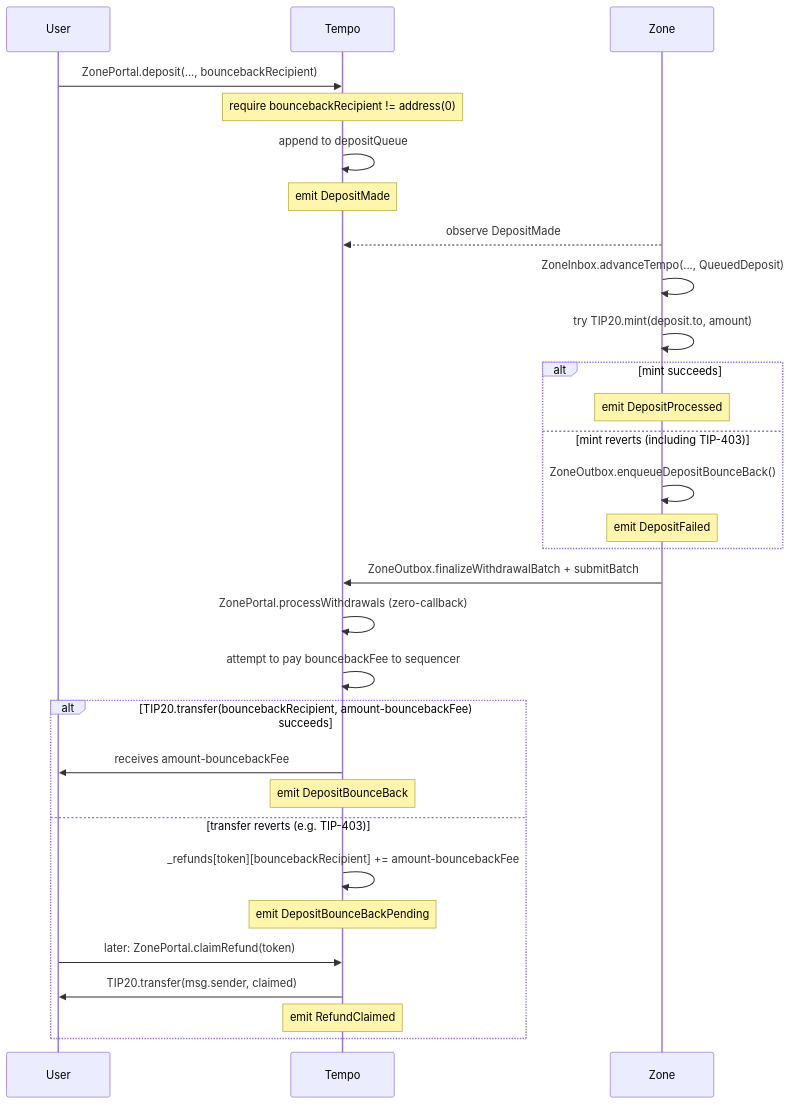
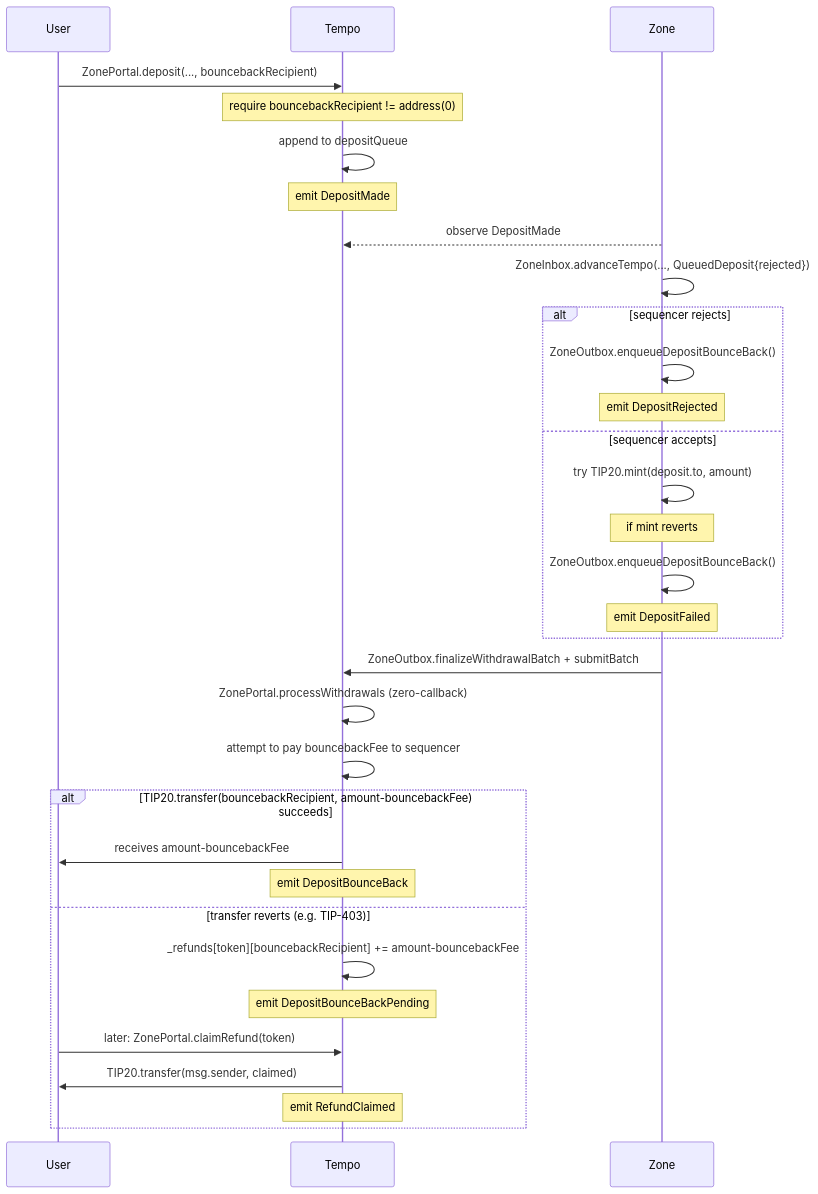
One commit to Dustin4444/zones changed the fourth of 6 diagrams in specs/spec.md. Above: the diagram before and after it, drawn with Mermaid. The commit also changed other lines of this file and 1 other file, not shown here.

Commit message:
docs(inbox): restore sequencer deposit rejection

````diff
--- a/specs/spec.md
+++ b/specs/spec.md
@@ -529,33 +531,35 @@
 ```mermaid
 sequenceDiagram
     participant U as User
     participant T as Tempo
     participant Z as Zone
 
     U->>T: ZonePortal.deposit(..., bouncebackRecipient)
     Note over T: require bouncebackRecipient != address(0)
     T->>T: append to depositQueue
     Note over T: emit DepositMade
     Z-->>T: observe DepositMade
-    Z->>Z: ZoneInbox.advanceTempo(..., QueuedDeposit)
-    Z->>Z: try TIP20.mint(deposit.to, amount)
-    alt mint succeeds
-        Note over Z: emit DepositProcessed
-    else mint reverts (including TIP-403)
+    Z->>Z: ZoneInbox.advanceTempo(..., QueuedDeposit{rejected})
+    alt sequencer rejects
+        Z->>Z: ZoneOutbox.enqueueDepositBounceBack()
+        Note over Z: emit DepositRejected
+    else sequencer accepts
+        Z->>Z: try TIP20.mint(deposit.to, amount)
+        Note over Z: if mint reverts
         Z->>Z: ZoneOutbox.enqueueDepositBounceBack()
         Note over Z: emit DepositFailed
     end
     Z->>T: ZoneOutbox.finalizeWithdrawalBatch + submitBatch
     T->>T: ZonePortal.processWithdrawals (zero-callback)
     T->>T: attempt to pay bouncebackFee to sequencer
     alt TIP20.transfer(bouncebackRecipient, amount-bouncebackFee) succeeds
         T->>U: receives amount-bouncebackFee
         Note over T: emit DepositBounceBack
     else transfer reverts (e.g. TIP-403)
         T->>T: _refunds[token][bouncebackRecipient] += amount-bouncebackFee
         Note over T: emit DepositBounceBackPending
         U->>T: later: ZonePortal.claimRefund(token)
         T->>U: TIP20.transfer(msg.sender, claimed)
         Note over T: emit RefundClaimed
     end
 ```
````
